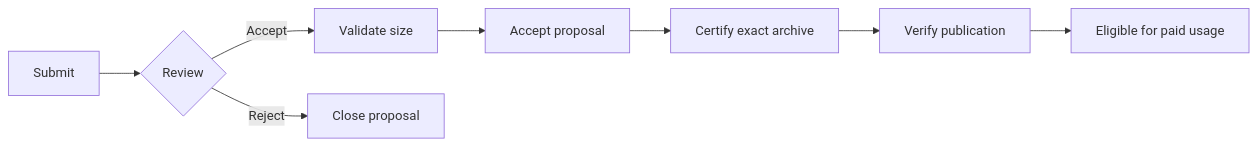
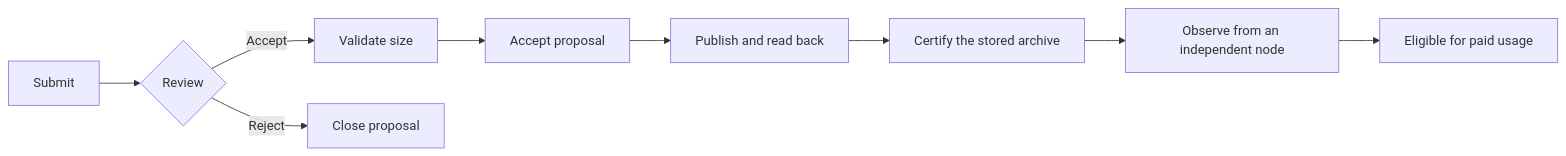
The first of 3 diagrams in attribution/README.md (EVY-Platform/evy-freenet-plans), drawn with Mermaid before and after one commit. The commit also changed other lines of this file and 12 other files, not shown here.

````diff
--- a/attribution/README.md
+++ b/attribution/README.md
@@ -65,10 +65,11 @@
 ```mermaid
 flowchart LR
     Submit[Submit] --> Review{Review}
     Review -->|Accept| Validate[Validate size]
     Review -->|Reject| Closed[Close proposal]
     Validate --> Accept[Accept proposal]
-    Accept --> Certify[Certify exact archive]
-    Certify --> Publish[Verify publication]
-    Publish --> Eligible[Eligible for paid usage]
+    Accept --> Publish[Publish and read back]
+    Publish --> Certify[Certify the stored archive]
+    Certify --> Observe[Observe from an independent node]
+    Observe --> Eligible[Eligible for paid usage]
 ```
````
